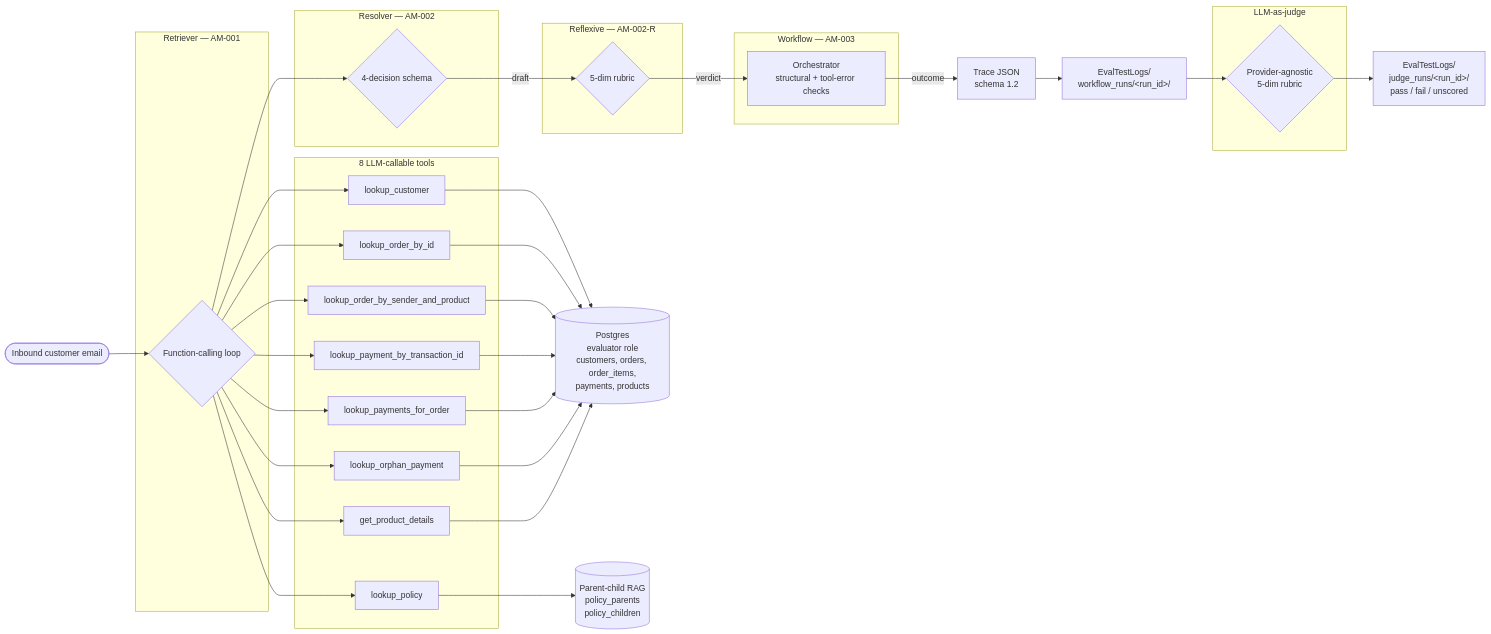
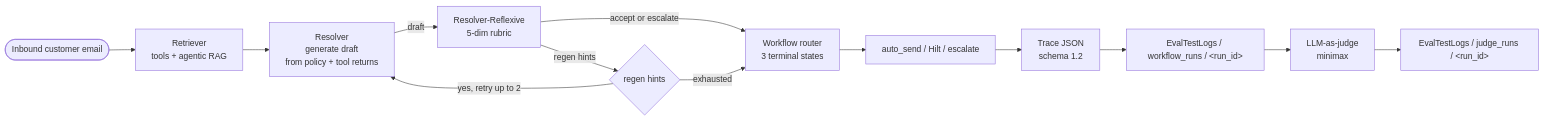
One commit to Riishi-01/Multi-Agent-Email-Automation-Evals changed the diagram in README.md. Above: the diagram before and after it, drawn with Mermaid. The commit also changed other lines of this file and 4 other files, not shown here.

````diff
--- a/README.md
+++ b/README.md
@@ -140,56 +26,30 @@
 ```mermaid
 flowchart LR
     EMAIL([Inbound customer email])
 
-    subgraph RETRIEVER["Retriever — AM-001"]
-        R_LOOP{Function-calling loop}
-    end
+    RETRIEVER["Retriever<br/>tools + agentic RAG"]
+    RESOLVER["Resolver<br/>generate draft<br/>from policy + tool returns"]
+    REFLEXIVE["Resolver-Reflexive<br/>5-dim rubric"]
+    REGEN{"regen hints"}
+    ROUTE["Workflow router<br/>3 terminal states"]
+    OUT3["auto_send / Hilt / escalate"]
 
-    subgraph TOOLS["8 LLM-callable tools"]
-        T1[lookup_customer]
-        T2[lookup_order_by_id]
-        T3[lookup_order_by_sender_and_product]
-        T4[lookup_payment_by_transaction_id]
-        T5[lookup_payments_for_order]
-        T6[lookup_orphan_payment]
-        T7[get_product_details]
-        T8[lookup_policy]
-    end
+    TRACE["Trace JSON<br/>schema 1.2"]
+    LOGS["EvalTestLogs / workflow_runs / &lt;run_id&gt;"]
 
-    DB[(Postgres<br/>evaluator role<br/>customers, orders, order_items,<br/>payments, products)]
-    RAG[(Parent-child RAG<br/>policy_parents<br/>policy_children)]
+    JUDGE["LLM-as-judge<br/>minimax"]
+    RESULTS["EvalTestLogs / judge_runs / &lt;run_id&gt;"]
 
-    subgraph RESOLVER["Resolver — AM-002"]
-        RZ_DEC{4-decision schema}
-    end
-
-    subgraph REFLEXIVE["Reflexive — AM-002-R"]
-        RF_RUB{5-dim rubric}
-    end
-
-    subgraph WORKFLOW["Workflow — AM-003"]
-        WF_ORCH[Orchestrator<br/>structural + tool-error checks]
-    end
-
-    TRACE[Trace JSON<br/>schema 1.2]
-    LOGS[EvalTestLogs/<br/>workflow_runs/&lt;run_id&gt;/]
-
-    subgraph JUDGE["LLM-as-judge"]
-        J_RUB{Provider-agnostic<br/>5-dim rubric}
-    end
-
-    JUDGE_OUT[EvalTestLogs/<br/>judge_runs/&lt;run_id&gt;/<br/>pass / fail / unscored]
-
-    EMAIL --> R_LOOP
-    R_LOOP --> T1 & T2 & T3 & T4 & T5 & T6 & T7
-    R_LOOP --> T8
-    T1 & T2 & T3 & T4 & T5 & T6 & T7 --> DB
-    T8 --> RAG
-    R_LOOP --> RZ_DEC
-    RZ_DEC -- draft --> RF_RUB
-    RF_RUB -- verdict --> WF_ORCH
-    WF_ORCH -- outcome --> TRACE
+    EMAIL --> RETRIEVER
+    RETRIEVER --> RESOLVER
+    RESOLVER -- draft --> REFLEXIVE
+    REFLEXIVE -- accept or escalate --> ROUTE
+    REFLEXIVE -- regen hints --> REGEN
+    REGEN -- yes, retry up to 2 --> RESOLVER
+    REGEN -- exhausted --> ROUTE
+    ROUTE --> OUT3
+    OUT3 --> TRACE
     TRACE --> LOGS
-    LOGS --> J_RUB
-    J_RUB --> JUDGE_OUT
+    LOGS --> JUDGE
+    JUDGE --> RESULTS
 ```
````
